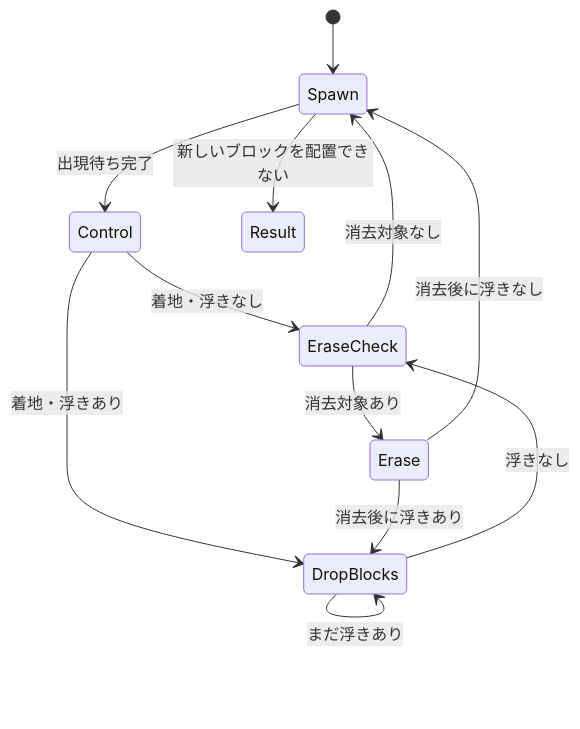
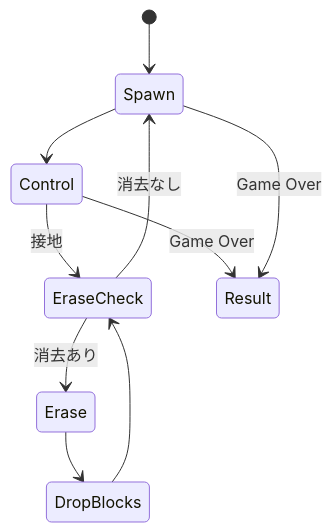
Before and after one commit to Numa-alt/cpp-puyo: the diagram in README.md, drawn with Mermaid. The commit also changed other lines of this file and 23 other files, not shown here.

````diff
--- a/README.md
+++ b/README.md
@@ -307,19 +224,12 @@
 ```mermaid
 stateDiagram-v2
     [*] --> Spawn
-
-    Spawn --> Control: 出現待ち完了
-    Spawn --> Result: 新しいブロックを配置できない
-
-    Control --> EraseCheck: 着地・浮きなし
-    Control --> DropBlocks: 着地・浮きあり
-
-    DropBlocks --> DropBlocks: まだ浮きあり
-    DropBlocks --> EraseCheck: 浮きなし
-
-    EraseCheck --> Erase: 消去対象あり
-    EraseCheck --> Spawn: 消去対象なし
-
-    Erase --> DropBlocks: 消去後に浮きあり
-    Erase --> Spawn: 消去後に浮きなし
+    Spawn --> Control
+    Control --> EraseCheck: 接地
+    EraseCheck --> Spawn: 消去なし
+    EraseCheck --> Erase: 消去あり
+    Erase --> DropBlocks
+    DropBlocks --> EraseCheck
+    Control --> Result: Game Over
+    Spawn --> Result: Game Over
 ```
````
